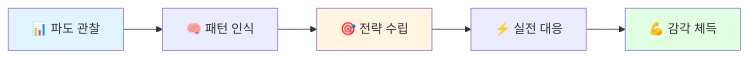
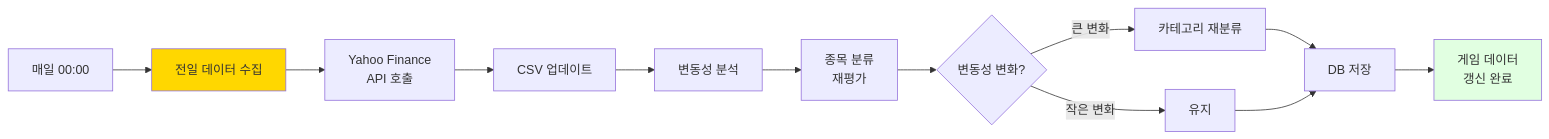
One commit to Collegenie-X/stock_simulation changed the fourth of 5 diagrams in README.md. Above: the diagram before and after it, drawn with Mermaid. The commit also changed other lines of this file and 1 other file, not shown here.

````diff
--- a/README.md
+++ b/README.md
@@ -92,11 +1149,21 @@
 ```mermaid
 flowchart LR
-    A[📊 파도 관찰] --> B[🧠 패턴 인식]
-    B --> C[🎯 전략 수립]
-    C --> D[⚡ 실전 대응]
-    D --> E[💪 감각 체득]
+    A[매일 00:00] --> B[전일 데이터 수집]
+    B --> C[Yahoo Finance<br/>API 호출]
+    C --> D[CSV 업데이트]
     
-    style A fill:#e1f5ff
-    style C fill:#fff5e1
-    style E fill:#e1ffe1
+    D --> E[변동성 분석]
+    E --> F[종목 분류<br/>재평가]
+    
+    F --> G{변동성 변화?}
+    G -->|큰 변화| H[카테고리 재분류]
+    G -->|작은 변화| I[유지]
+    
+    H --> J[DB 저장]
+    I --> J
+    
+    J --> K[게임 데이터<br/>갱신 완료]
+    
+    style B fill:#ffd700
+    style K fill:#e1ffe1
 ```
````
